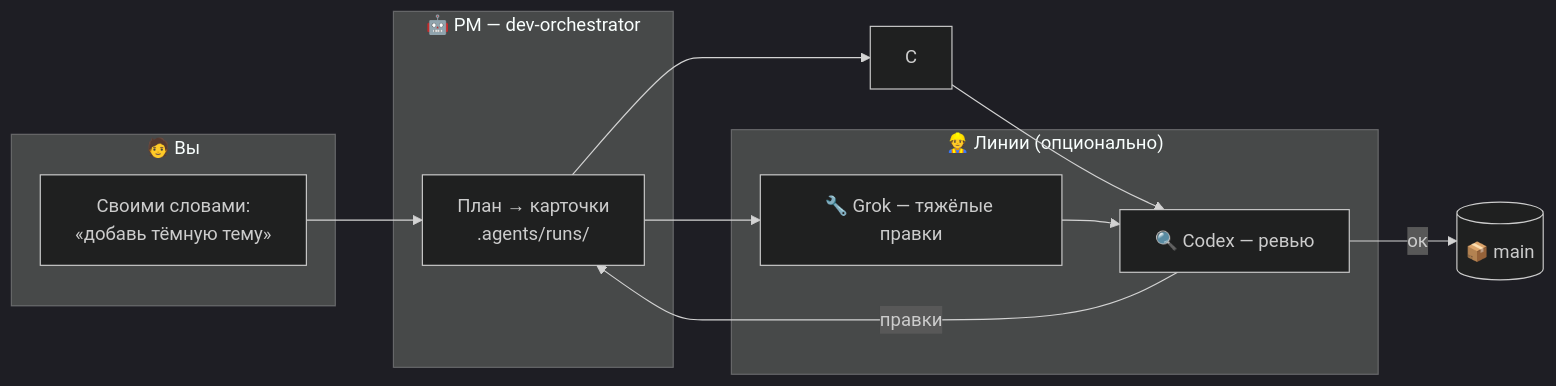
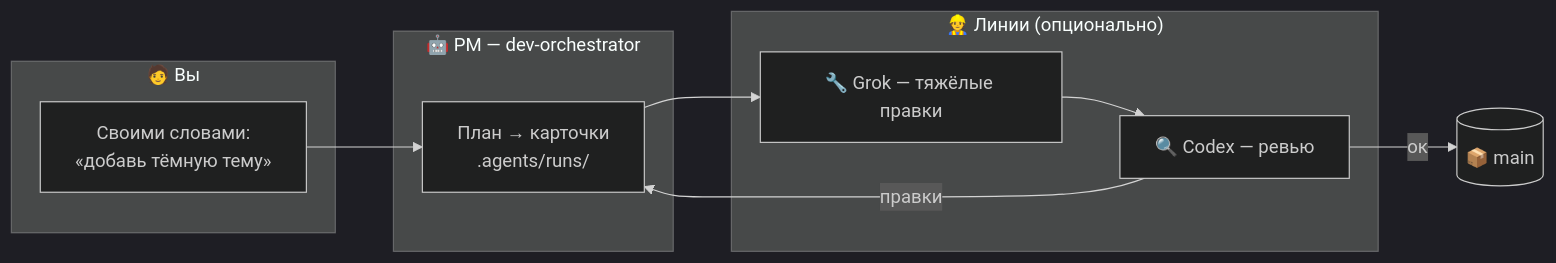
Before and after one commit to VKirill/claude-lane-stack: the diagram in README.ru.md, drawn with Mermaid (dark theme). The commit also changed other lines of this file and 85 other files, not shown here.

````diff
--- a/README.ru.md
+++ b/README.ru.md
@@ -72,18 +72,18 @@
 ```mermaid
 flowchart LR
     subgraph you ["🧑 Вы"]
         A["Своими словами:<br/>«добавь тёмную тему»"]
     end
     subgraph pm ["🤖 PM — dev-orchestrator"]
         B["План → карточки<br/>.agents/runs/"]
     end
     subgraph lanes ["👷 Линии (опционально)"]
         D["🔧 Grok — тяжёлые правки"]
         E["🔍 Codex — ревью"]
     end
     A --> B
-    B --> C & D
-    C & D --> E
+    B --> D
+    D --> E
     E -->|ок| F[("📦 main")]
     E -->|правки| B
 ```
````
